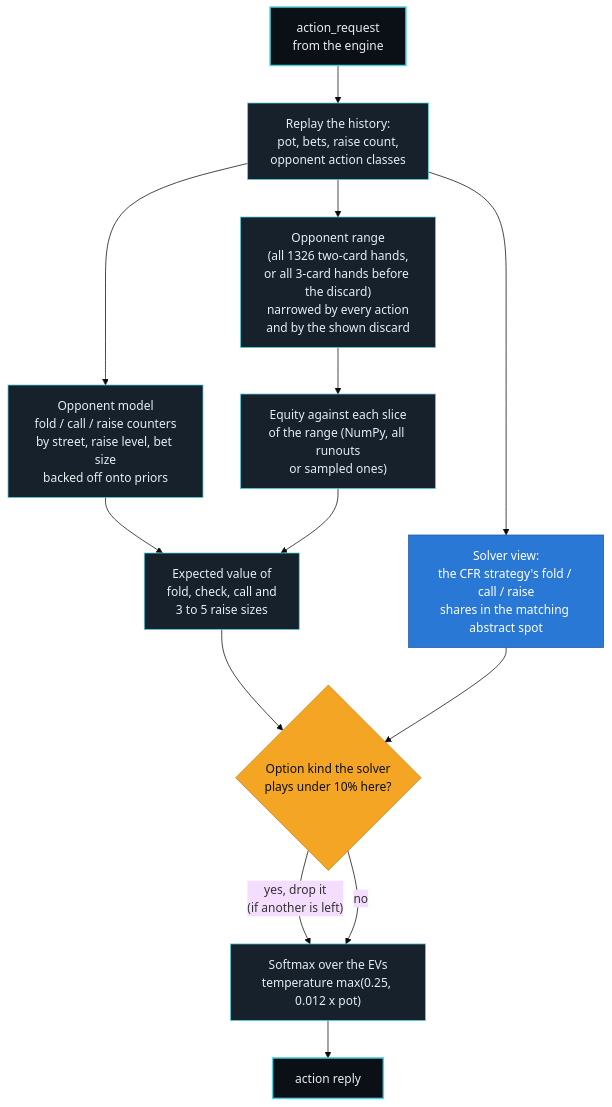
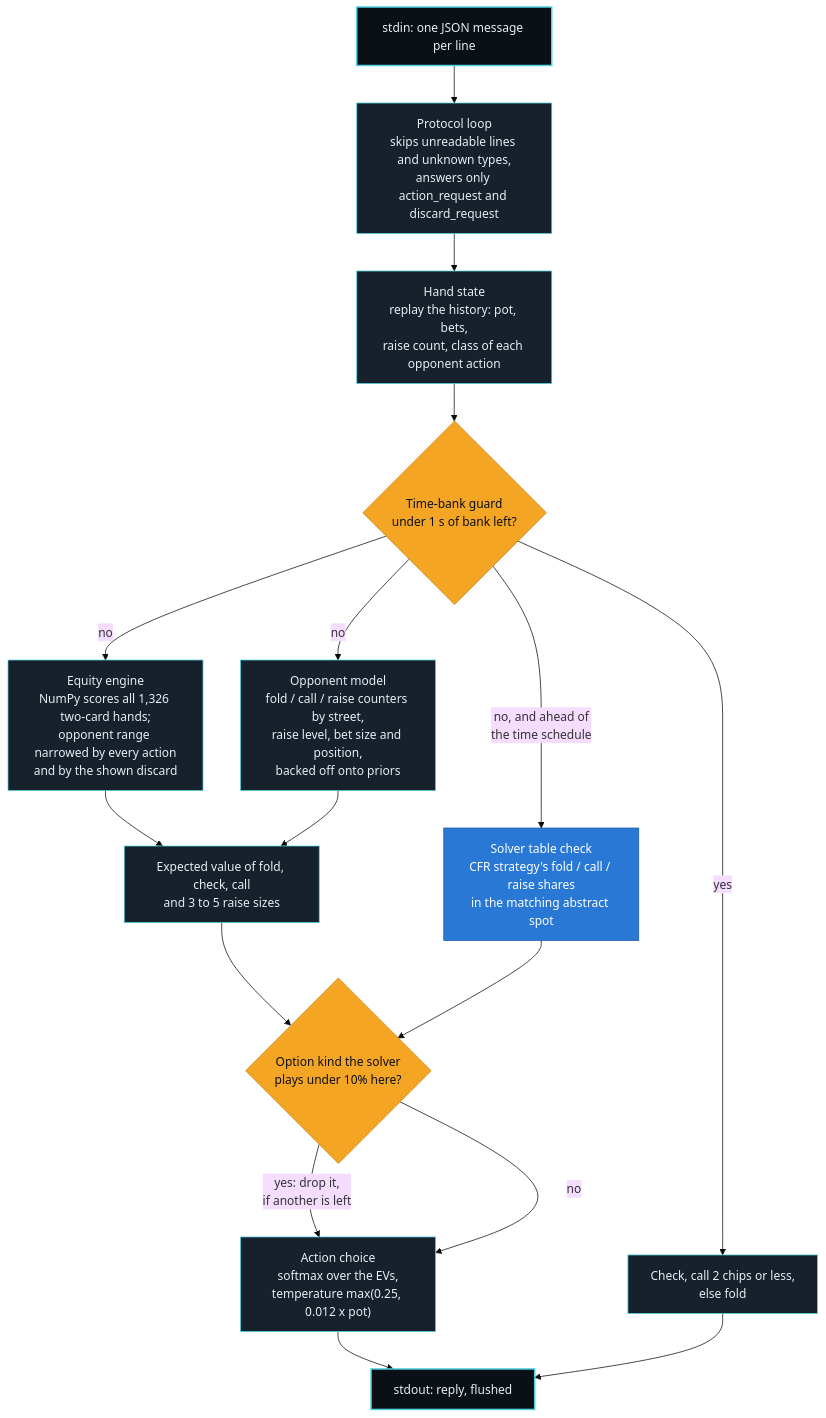
The first of 2 diagrams in README.md (Paradox-73/PokerBots), drawn with Mermaid (base theme) before and after one commit. The commit also changed other lines of this file, not shown here.

Commit message:
README: restructure for reviewers, add diagrams and rebuild steps

````diff
--- a/README.md
+++ b/README.md
@@ -156,20 +87,23 @@
 ```mermaid
 flowchart TD
-    REQ["action_request<br/>from the engine"]:::io --> ST["Replay the history:<br/>pot, bets, raise count,<br/>opponent action classes"]:::step
-    ST --> RNG["Opponent range<br/>(all 1326 two-card hands,<br/>or all 3-card hands before the discard)<br/>narrowed by every action<br/>and by the shown discard"]:::step
-    ST --> OPP["Opponent model<br/>fold / call / raise counters<br/>by street, raise level, bet size<br/>backed off onto priors"]:::step
-    RNG --> EQ["Equity against each slice<br/>of the range (NumPy, all runouts<br/>or sampled ones)"]:::step
-    OPP --> EV["Expected value of<br/>fold, check, call and<br/>3 to 5 raise sizes"]:::step
-    EQ --> EV
-    ST --> SOL["Solver view:<br/>the CFR strategy's fold / call / raise<br/>shares in the matching abstract spot"]:::sol
+    IN["stdin: one JSON message per line"]:::io --> LOOP["Protocol loop<br/>skips unreadable lines and unknown types,<br/>answers only action_request and discard_request"]:::step
+    LOOP --> ST["Hand state<br/>replay the history: pot, bets,<br/>raise count, class of each opponent action"]:::step
+    ST --> GUARD{"Time-bank guard<br/>under 1 s of bank left?"}:::cut
+    GUARD -- "yes" --> PANIC["Check, call 2 chips or less,<br/>else fold"]:::step
+    GUARD -- "no" --> EQ["Equity engine<br/>NumPy scores all 1,326 two-card hands;<br/>opponent range narrowed by every action<br/>and by the shown discard"]:::step
+    GUARD -- "no" --> OPP["Opponent model<br/>fold / call / raise counters by street,<br/>raise level, bet size and position,<br/>backed off onto priors"]:::step
+    GUARD -- "no, and ahead of<br/>the time schedule" --> SOL["Solver table check<br/>CFR strategy's fold / call / raise shares<br/>in the matching abstract spot"]:::sol
+    EQ --> EV["Expected value of fold, check, call<br/>and 3 to 5 raise sizes"]:::step
+    OPP --> EV
     EV --> VETO{"Option kind the solver<br/>plays under 10% here?"}:::cut
     SOL --> VETO
-    VETO -- "yes, drop it<br/>(if another is left)" --> PICK
-    VETO -- no --> PICK["Softmax over the EVs<br/>temperature max(0.25, 0.012 x pot)"]:::step
-    PICK --> OUT["action reply"]:::io
+    VETO -- "yes: drop it,<br/>if another is left" --> PICK
+    VETO -- "no" --> PICK["Action choice<br/>softmax over the EVs,<br/>temperature max(0.25, 0.012 x pot)"]:::step
+    PICK --> OUT["stdout: reply, flushed"]:::io
+    PANIC --> OUT
 
     classDef io fill:#0b1016,stroke:#4fd1e0,stroke-width:2px,color:#e6edf3
     classDef step fill:#16212c,stroke:#4fd1e0,color:#e6edf3
     classDef sol fill:#2a78d6,stroke:#1d5aa3,color:#ffffff
     classDef cut fill:#f5a524,stroke:#c4831a,color:#0b1016
 ```
````
